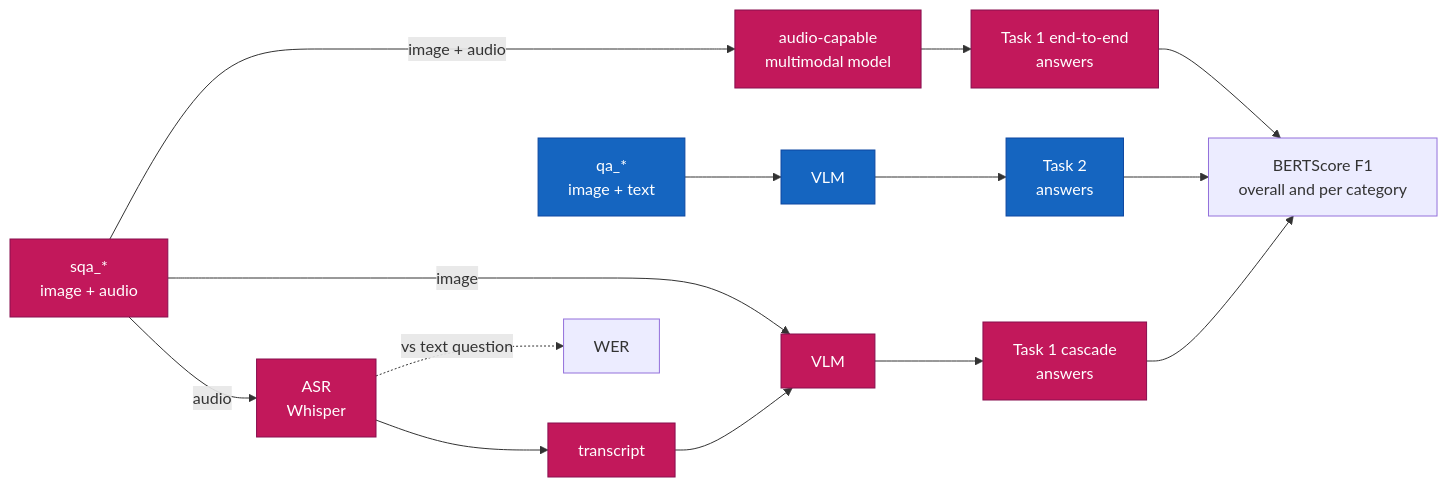
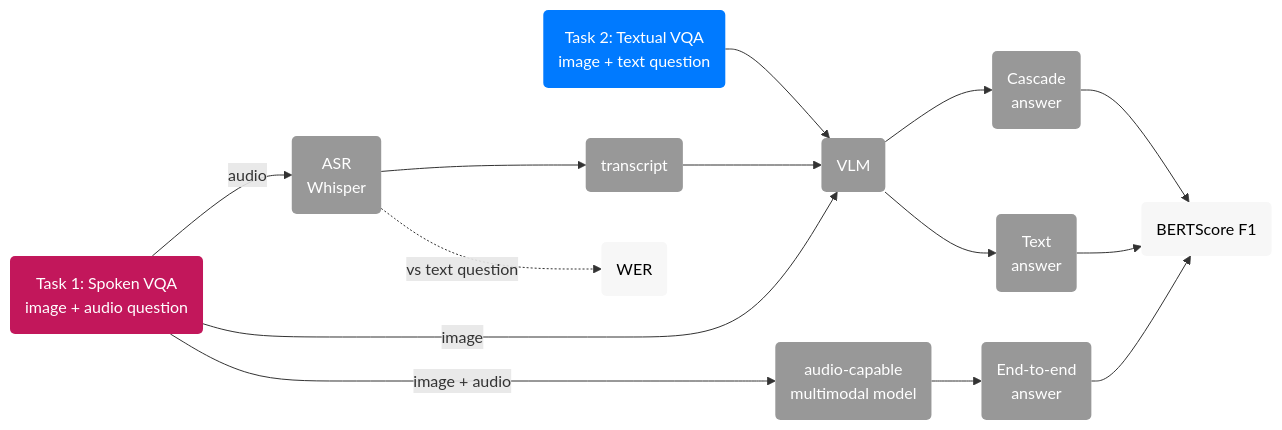
Before and after one commit to mohinska/mmculture-qa: the first of 2 diagrams in README.md, drawn with Mermaid. The commit also changed other lines of this file and 1 other file, not shown here.

````diff
--- a/README.md
+++ b/README.md
@@ -71,24 +71,34 @@
 ```mermaid
 flowchart LR
-    SQA["sqa_*<br/>image + audio"] -->|audio| ASR["ASR<br/>Whisper"]
-    ASR --> TR["transcript"]
-    TR --> VLM1["VLM"]
-    SQA -->|image| VLM1
-    VLM1 --> P1["Task 1 cascade<br/>answers"]
+    SQA("Task 1: Spoken VQA<br/>image + audio question")
+    QA("Task 2: Textual VQA<br/>image + text question")
+    ASR("ASR<br/>Whisper")
+    TR("transcript")
+    VLM("VLM")
+    E2E("audio-capable<br/>multimodal model")
+    A1("Cascade<br/>answer")
+    A2("Text<br/>answer")
+    A3("End-to-end<br/>answer")
+    EV("BERTScore F1")
+    WER("WER")
 
-    SQA -->|image + audio| E2E["audio-capable<br/>multimodal model"]
-    E2E --> P2["Task 1 end-to-end<br/>answers"]
+    SQA -->|audio| ASR --> TR --> VLM
+    SQA -->|image| VLM
+    QA --> VLM
+    VLM --> A1
+    VLM --> A2
+    SQA -->|image + audio| E2E --> A3
+    A1 --> EV
+    A2 --> EV
+    A3 --> EV
+    ASR -.->|vs text question| WER
 
-    QA["qa_*<br/>image + text"] --> VLM2["VLM"]
-    VLM2 --> P3["Task 2<br/>answers"]
-
-    P1 --> EV["BERTScore F1<br/>overall and per category"]
-    P2 --> EV
-    P3 --> EV
-    ASR -.->|vs text question| WER["WER"]
-
-    classDef t1 fill:#c2185b,stroke:#880e4f,color:#ffffff
-    classDef t2 fill:#1565c0,stroke:#0d47a1,color:#ffffff
-    class SQA,ASR,TR,VLM1,P1,E2E,P2 t1
-    class QA,VLM2,P3 t2
+    classDef t1 fill:#C2175B,color:#fff,stroke-width:0
+    classDef t2 fill:#007AFF,color:#fff,stroke-width:0
+    classDef mid fill:#989898,color:#fff,stroke-width:0
+    classDef metric fill:#F7F7F7,color:#000,stroke-width:0
+    class SQA t1
+    class QA t2
+    class ASR,TR,VLM,E2E,A1,A2,A3 mid
+    class EV,WER metric
 ```
````
